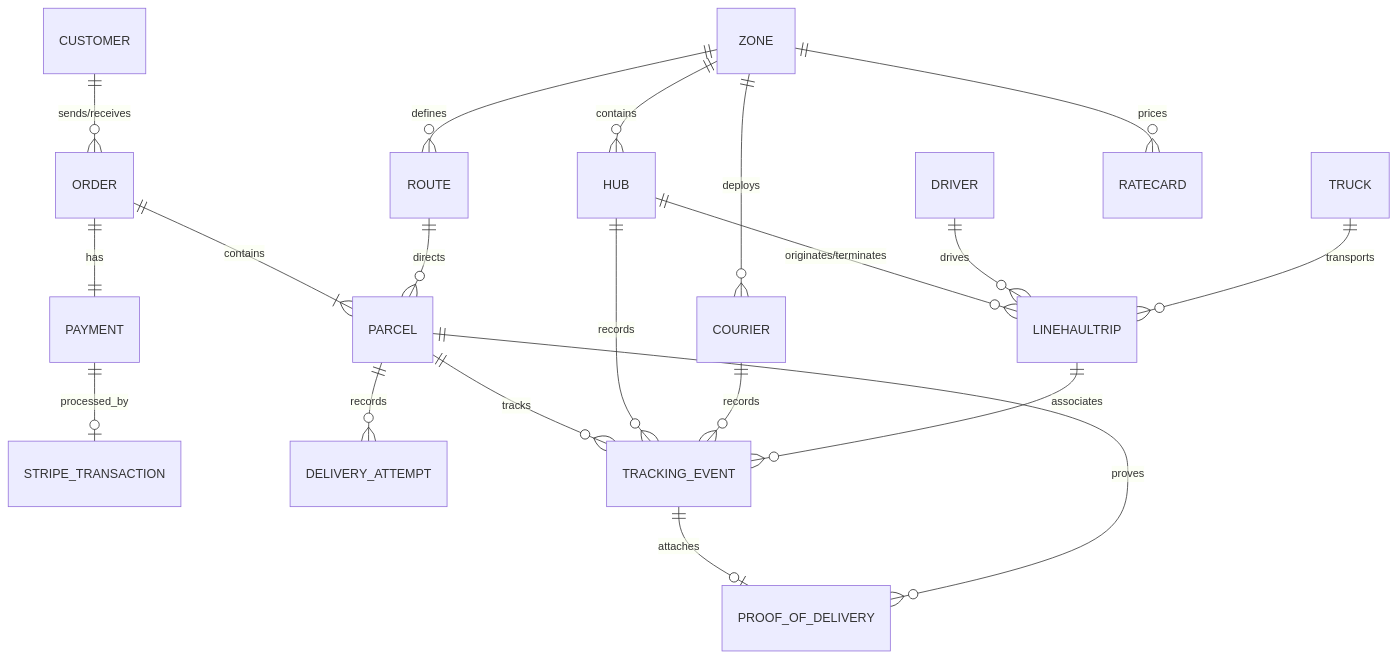
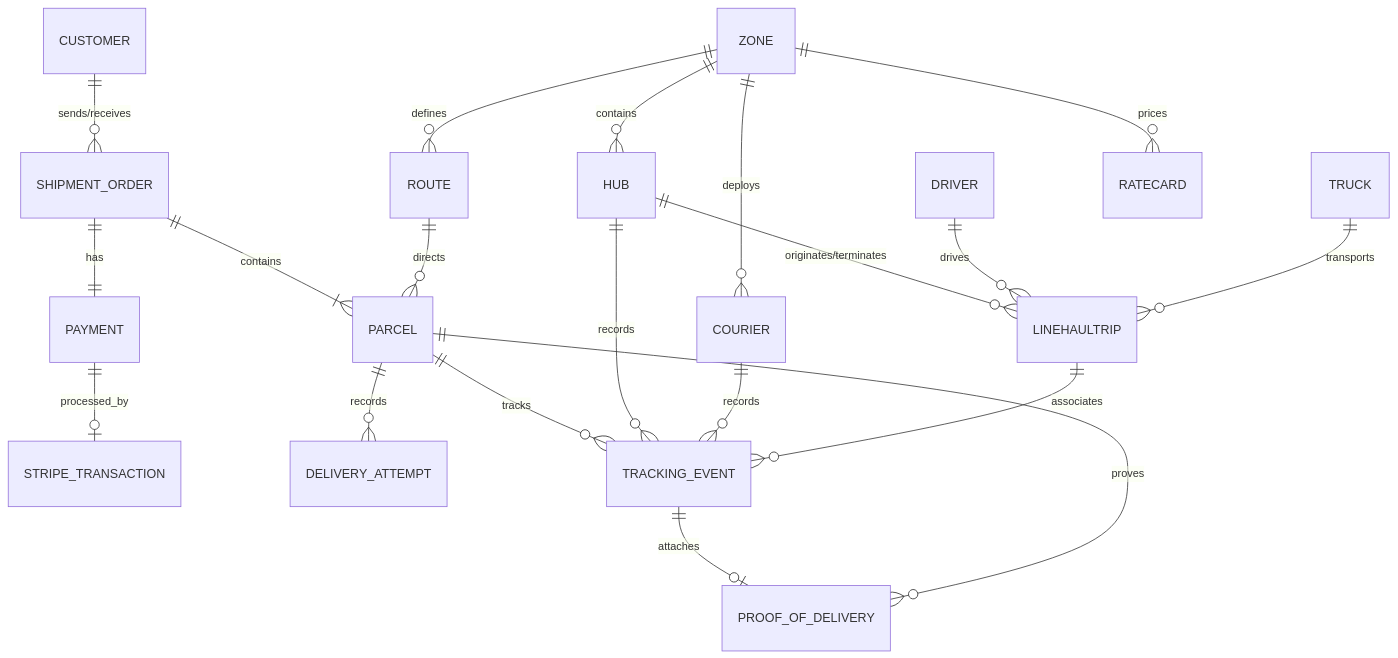
One commit to dunguyen-311201/nestjs changed the diagram in shipping-system/docs/05-database-seeding-analysis.md. Above: the diagram before and after it, drawn with Mermaid. The commit also changed other lines of this file and 21 other files, not shown here.

````diff
--- a/shipping-system/docs/05-database-seeding-analysis.md
+++ b/shipping-system/docs/05-database-seeding-analysis.md
@@ -11,22 +11,22 @@
 ```mermaid
 erDiagram
-    CUSTOMER ||--o{ ORDER : "sends/receives"
-    ORDER ||--|{ PARCEL : "contains"
-    ORDER ||--|| PAYMENT : "has"
+    CUSTOMER ||--o{ SHIPMENT_ORDER : "sends/receives"
+    SHIPMENT_ORDER ||--|{ PARCEL : "contains"
+    SHIPMENT_ORDER ||--|| PAYMENT : "has"
     PAYMENT ||--o| STRIPE_TRANSACTION : "processed_by"
     PARCEL ||--o{ DELIVERY_ATTEMPT : "records"
     PARCEL ||--o{ TRACKING_EVENT : "tracks"
     ROUTE ||--o{ PARCEL : "directs"
     HUB ||--o{ LINEHAULTRIP : "originates/terminates"
     DRIVER ||--o{ LINEHAULTRIP : "drives"
     TRUCK ||--o{ LINEHAULTRIP : "transports"
     ZONE ||--o{ HUB : "contains"
     ZONE ||--o{ ROUTE : "defines"
     ZONE ||--o{ RATECARD : "prices"
     ZONE ||--o{ COURIER : "deploys"
     TRACKING_EVENT ||--o| PROOF_OF_DELIVERY : "attaches"
     PARCEL ||--o{ PROOF_OF_DELIVERY : "proves"
     HUB ||--o{ TRACKING_EVENT : "records"
     COURIER ||--o{ TRACKING_EVENT : "records"
     LINEHAULTRIP ||--o{ TRACKING_EVENT : "associates"
 ```
````
